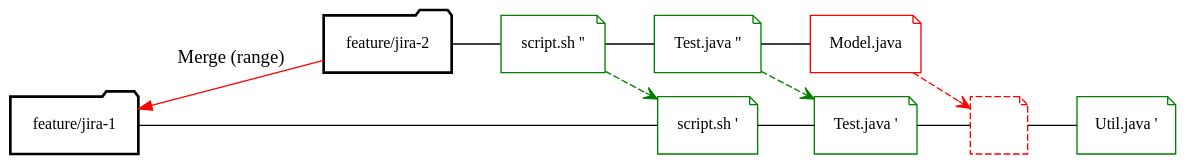
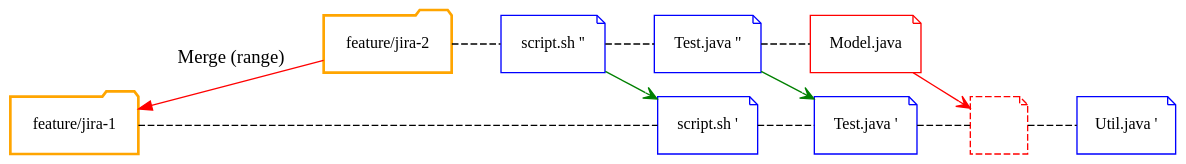
Before and after one commit to Gepardec/git-training: the diagram in slides/intro/src/docs/asciidoc/graphviz/svn-merge.dot, drawn with Graphviz. The commit also changed 10 other files, not shown here.

Commit message:
- Little changes in existing raphs (coloring) - Added new graphs for git merge conflict, fast fwd merge. - Further dev on presentation

```diff
--- a/slides/intro/src/docs/asciidoc/graphviz/svn-merge.dot
+++ b/slides/intro/src/docs/asciidoc/graphviz/svn-merge.dot
@@ -1,39 +1,39 @@
 digraph svn_merge {
-        rankdir="LR";
-        bgcolor="transparent";
+    rankdir="LR";
+    bgcolor="transparent";
 
-        node[width=0.6,height=0.6, shape=folder,fontsize=12.0];
-        "feature_1"[label="feature/jira-1",group="feature_1",style="bold"];
-        "feature_2"[label="feature/jira-2",group="feature_2",style="bold"];
+    node[width=0.6,height=0.6, shape=folder,fontsize=12.0,color=orange];
+    "feature_1"[label="feature/jira-1",group="feature_1",style="bold"];
+    "feature_2"[label="feature/jira-2",group="feature_2",style="bold"];
 
-        node[width=0.6,height=0.6, shape=note,fontsize=12.0];
-        "file__1"[label="script.sh '",group="feature_1",color="green"]
-        "file__2"[label="Test.java '",group="feature_1",color="green"]
-        "file__3"[label="",group="feature_1",style="dashed",color="red"]
-        "file__4"[label="Util.java '",group="feature_1",color="green"]
-        "file___1"[label="script.sh ''",group="feature_2",color="green"]
-        "file___2"[label="Test.java ''",group="feature_2",color="green"]
-        "file___3"[label="Model.java",group="feature_2",color="red"]
+    node[width=0.6,height=0.6, shape=note,fontsize=12.0];
+    "file__1"[label="script.sh '",group="feature_1",color="blue"]
+    "file__2"[label="Test.java '",group="feature_1",color="blue"]
+    "file__3"[label="",group="feature_1",style="dashed",color="red"]
+    "file__4"[label="Util.java '",group="feature_1",color="blue"]
+    "file___1"[label="script.sh ''",group="feature_2",color="blue"]
+    "file___2"[label="Test.java ''",group="feature_2",color="blue"]
+    "file___3"[label="Model.java",group="feature_2",color="red"]
 
-        edge[weight=2,arrowhead=open,dir="back"];
-        "feature_1" -> "feature_2"[label="Merge (range)",color="red"];
+    edge[weight=2,arrowhead=open,dir="back"];
+    "feature_1" -> "feature_2"[label="Merge (range)",color="red"];
 
-        edge[weight=2,arrowhead=none,dir="forward"];
-        "feature_1" -> "file__1";
-        "feature_2" -> "file___1";
+    edge[weight=2,arrowhead=none,dir="forward",style=dashed];
+    "feature_1" -> "file__1";
+    "feature_2" -> "file___1";
 
-        edge[weight=2,arrowhead=none,dir="forward"];
-        "file__1" -> "file__2";
-        "file__2" -> "file__3";
-        "file__3" -> "file__4";
-        "file___1" -> "file___2";
-        "file___2" -> "file___3";
+    edge[weight=2,arrowhead=none,dir="forward",style=dashed];
+    "file__1" -> "file__2";
+    "file__2" -> "file__3";
+    "file__3" -> "file__4";
+    "file___1" -> "file___2";
+    "file___2" -> "file___3";
 
-        edge[weight=2,arrowhead=open,style="dashed",color="green"];
-        "file___1" -> "file__1"
-        "file___2" -> "file__2"
+    edge[weight=2,arrowhead=open,style="",color="green"];
+    "file___1" -> "file__1"
+    "file___2" -> "file__2"
 
-        edge[weight=2,arrowhead=open,style="dashed",color="red"];
-        "file___3" -> "file__3"
+    edge[weight=2,arrowhead=open,style="",color="red"];
+    "file___3" -> "file__3"
 
 }
```
